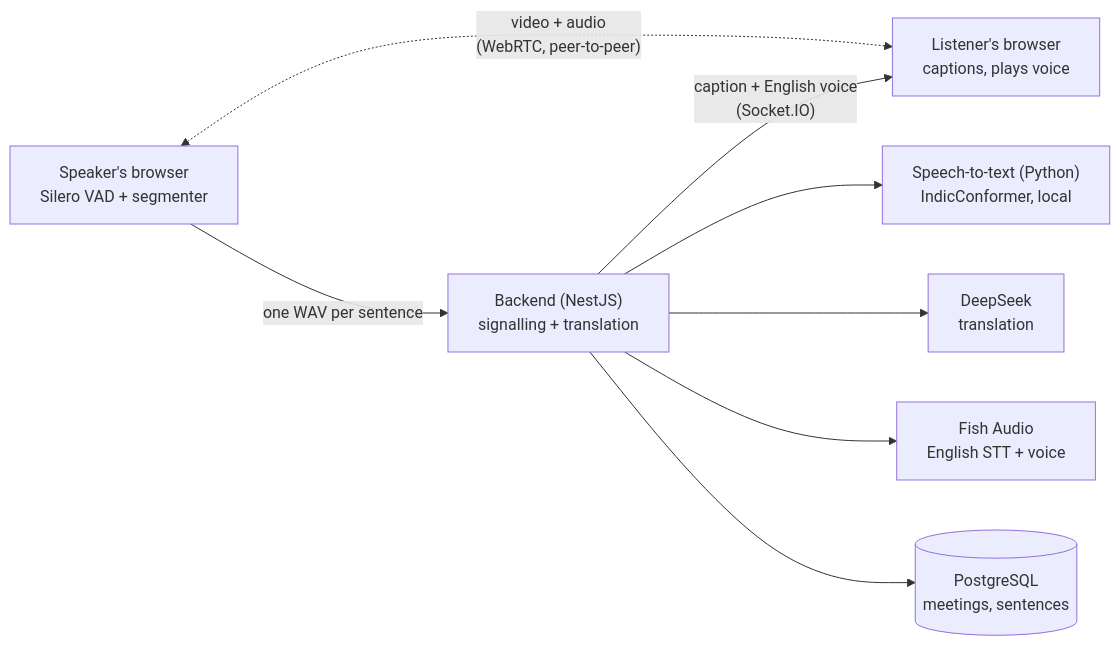
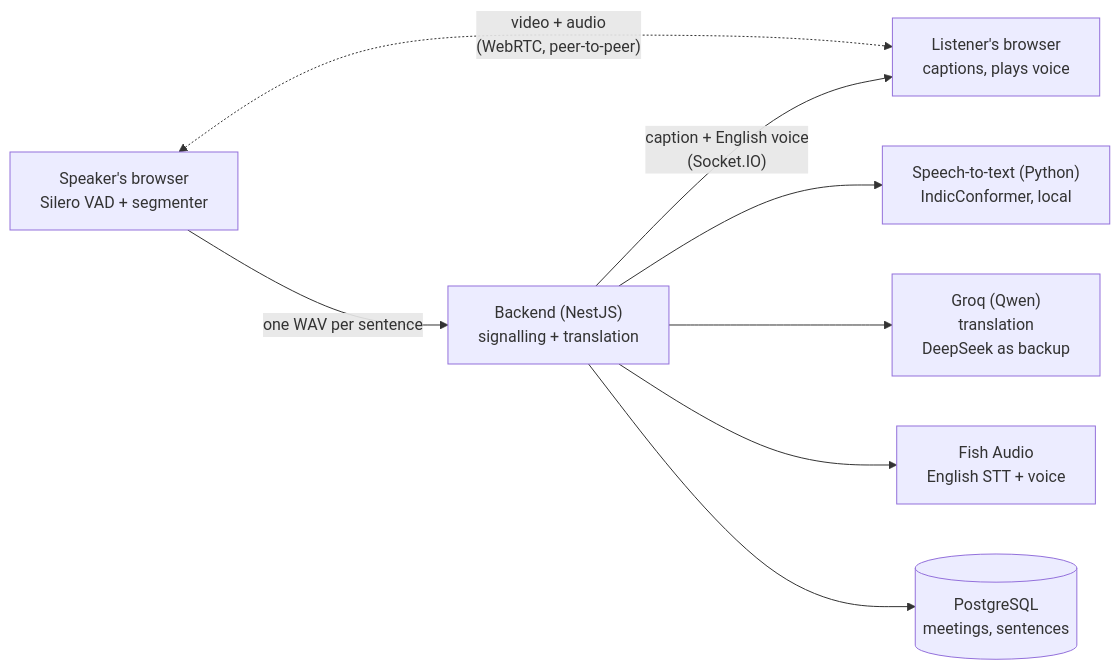
Before and after one commit to mujeebmasi/meeting-translate: the first of 2 diagrams in README.md, drawn with Mermaid. The commit also changed other lines of this file and 2 other files, not shown here.

````diff
--- a/README.md
+++ b/README.md
@@ -146,10 +168,10 @@
 ```mermaid
 flowchart LR
     S["Speaker's browser<br/>Silero VAD + segmenter"] <-.->|"video + audio<br/>(WebRTC, peer-to-peer)"| L["Listener's browser<br/>captions, plays voice"]
     S -->|"one WAV per sentence"| B["Backend (NestJS)<br/>signalling + translation"]
     B -->|"caption + English voice<br/>(Socket.IO)"| L
     B --> A["Speech-to-text (Python)<br/>IndicConformer, local"]
-    B --> D["DeepSeek<br/>translation"]
+    B --> D["Groq (Qwen)<br/>translation<br/>DeepSeek as backup"]
     B --> F["Fish Audio<br/>English STT + voice"]
     B --> P[("PostgreSQL<br/>meetings, sentences")]
 ```
````
